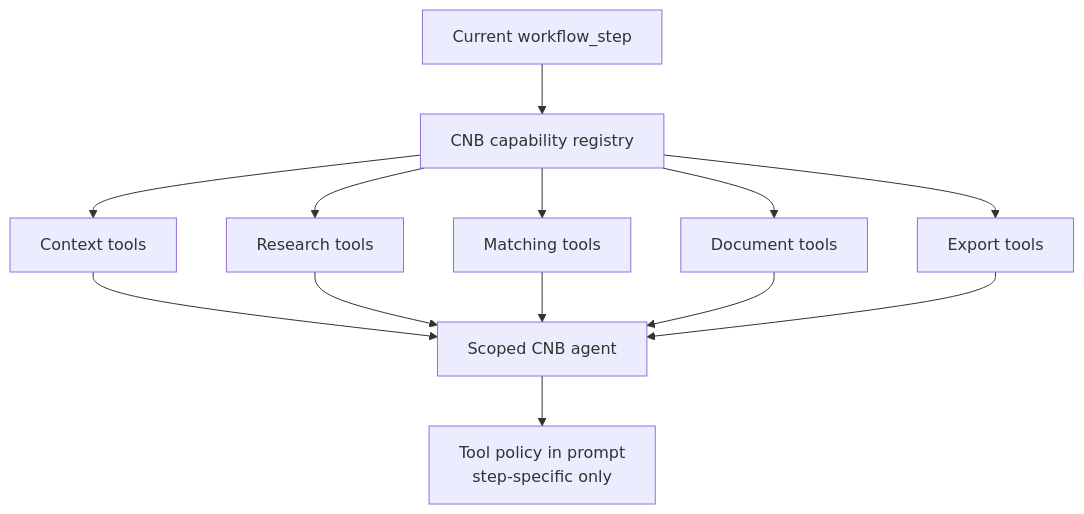
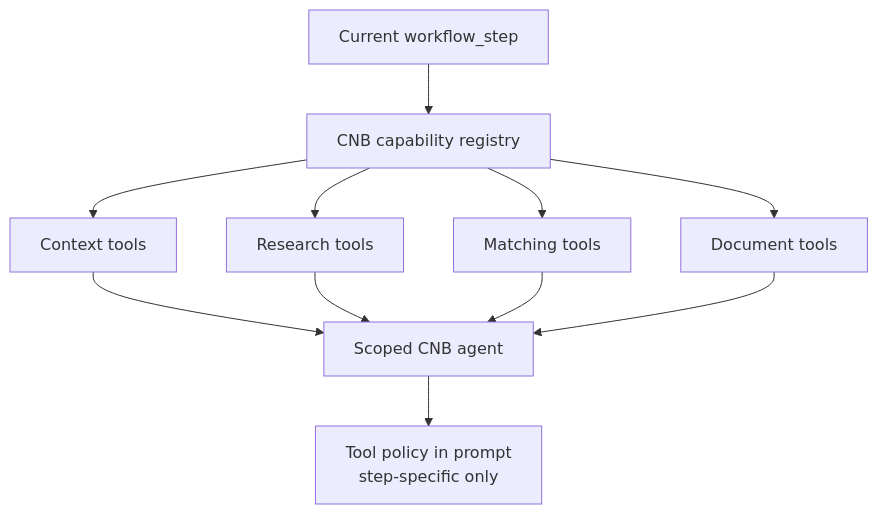
Diagram 14 of 15 in docs/ConceptNoteBuilderArchitecture.md (Open-Earth-Foundation/CityCatalyst), drawn with Mermaid before and after one commit. The commit also changed other lines of this file, not shown here.

````diff
--- a/docs/ConceptNoteBuilderArchitecture.md
+++ b/docs/ConceptNoteBuilderArchitecture.md
@@ -1322,17 +1322,15 @@
 ```mermaid
 flowchart TB
     Step["Current workflow_step"] --> Registry["CNB capability registry"]
     Registry --> ContextTools["Context tools"]
     Registry --> ResearchTools["Research tools"]
     Registry --> MatchingTools["Matching tools"]
     Registry --> DocTools["Document tools"]
-    Registry --> ExportTools["Export tools"]
 
     ContextTools --> Agent["Scoped CNB agent"]
     ResearchTools --> Agent
     MatchingTools --> Agent
     DocTools --> Agent
-    ExportTools --> Agent
 
     Agent --> Rules["Tool policy in prompt<br/>step-specific only"]
 ```
````
